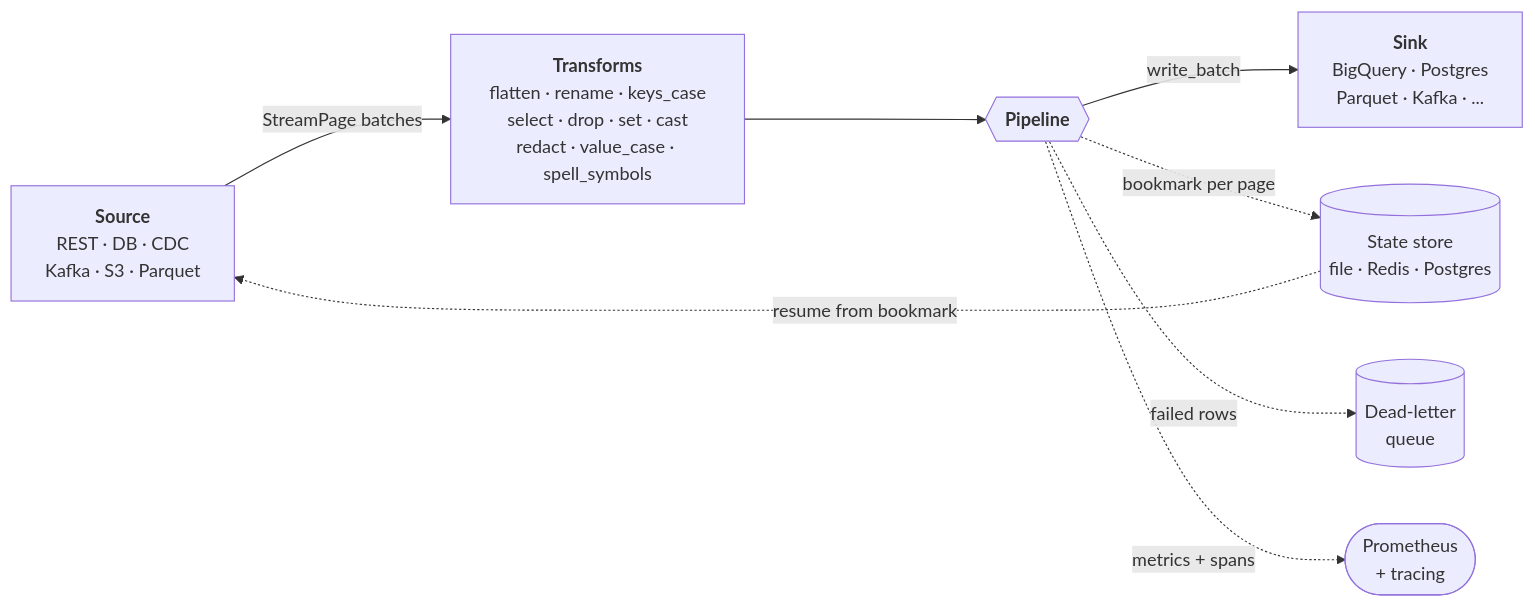
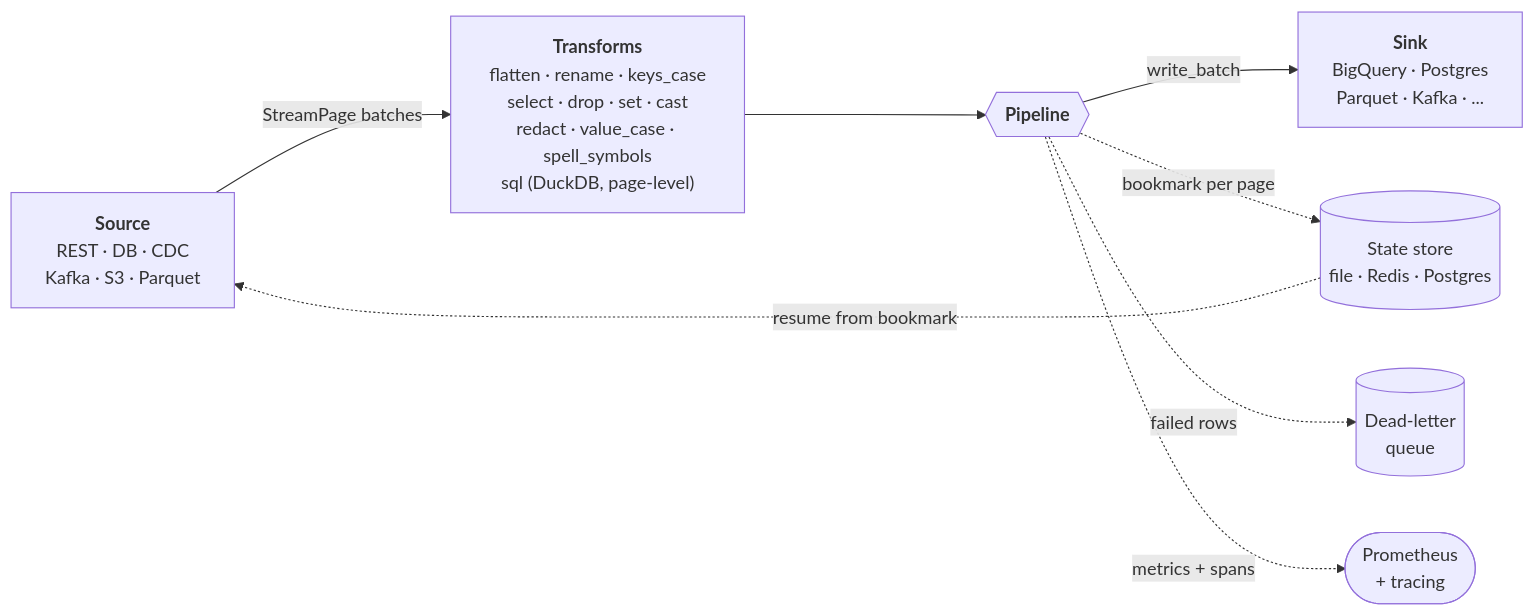
The diagram in README.md (PawanSikawat/faucet-stream), drawn with Mermaid before and after one commit. The commit also changed other lines of this file and 4 other files, not shown here.

````diff
--- a/README.md
+++ b/README.md
@@ -143,16 +143,16 @@
 ```mermaid
 flowchart LR
     S["<b>Source</b><br/>REST · DB · CDC<br/>Kafka · S3 · Parquet"]
-    T["<b>Transforms</b><br/>flatten · rename · keys_case<br/>select · drop · set · cast<br/>redact · value_case · spell_symbols"]
+    T["<b>Transforms</b><br/>flatten · rename · keys_case<br/>select · drop · set · cast<br/>redact · value_case · spell_symbols<br/>sql (DuckDB, page-level)"]
     P{{"<b>Pipeline</b>"}}
     K["<b>Sink</b><br/>BigQuery · Postgres<br/>Parquet · Kafka · ..."]
     ST[("State store<br/>file · Redis · Postgres")]
     D[("Dead-letter<br/>queue")]
     O(["Prometheus<br/>+ tracing"])
 
     S -->|StreamPage batches| T --> P -->|write_batch| K
     P -.->|bookmark per page| ST
     ST -.->|resume from bookmark| S
     P -.->|failed rows| D
     P -.->|metrics + spans| O
 ```
````
